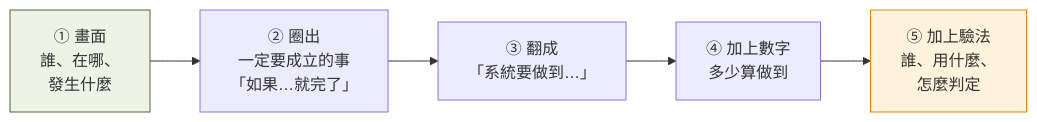
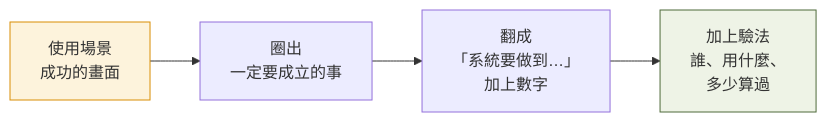
The fourth of 4 diagrams in docs/curriculum/week2.md (winson3QQ/Batman), drawn with Mermaid before and after one commit. The commit also changed other lines of this file and 4 other files, not shown here.

````diff
--- a/docs/curriculum/week2.md
+++ b/docs/curriculum/week2.md
@@ -53,9 +116,6 @@
 ```mermaid
 flowchart LR
-  P1[① 畫面<br/>誰、在哪、<br/>發生什麼] --> P2[② 圈出<br/>一定要成立的事<br/>「如果…就完了」]
-  P2 --> P3[③ 翻成<br/>「系統要做到…」]
-  P3 --> P4[④ 加上數字<br/>多少算做到]
-  P4 --> P5[⑤ 加上驗法<br/>誰、用什麼、<br/>怎麼判定]
-  style P1 fill:#eef3e6,stroke:#4f6b3a
-  style P5 fill:#fdf3dc,stroke:#d98e04
+  P1[使用場景<br/>成功的畫面] --> P2[圈出<br/>一定要成立的事] --> P3[翻成<br/>「系統要做到…」<br/>加上數字] --> P4[加上驗法<br/>誰、用什麼、<br/>多少算過]
+  style P1 fill:#fdf3dc,stroke:#d98e04
+  style P4 fill:#eef3e6,stroke:#4f6b3a
 ```
````
